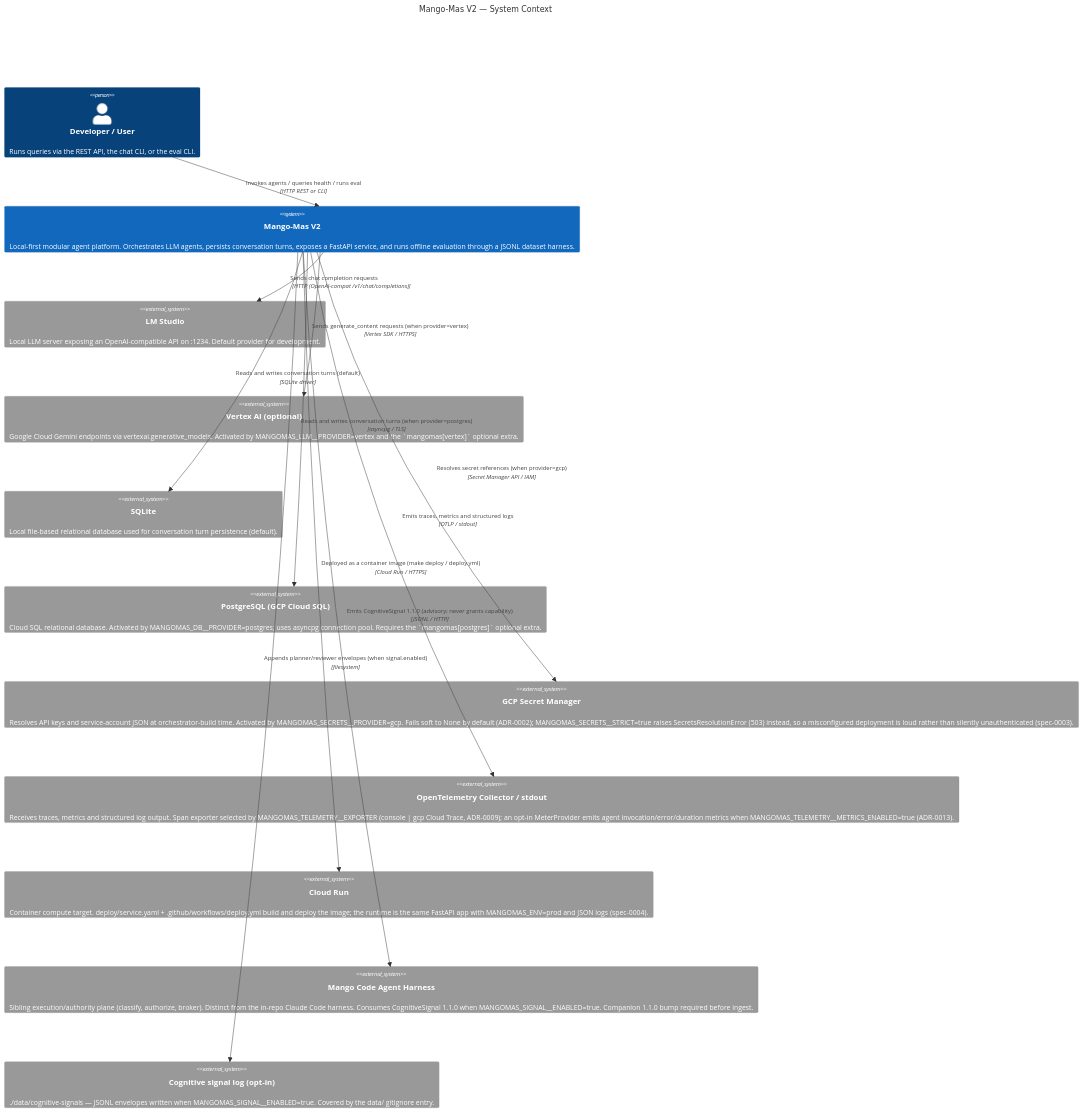
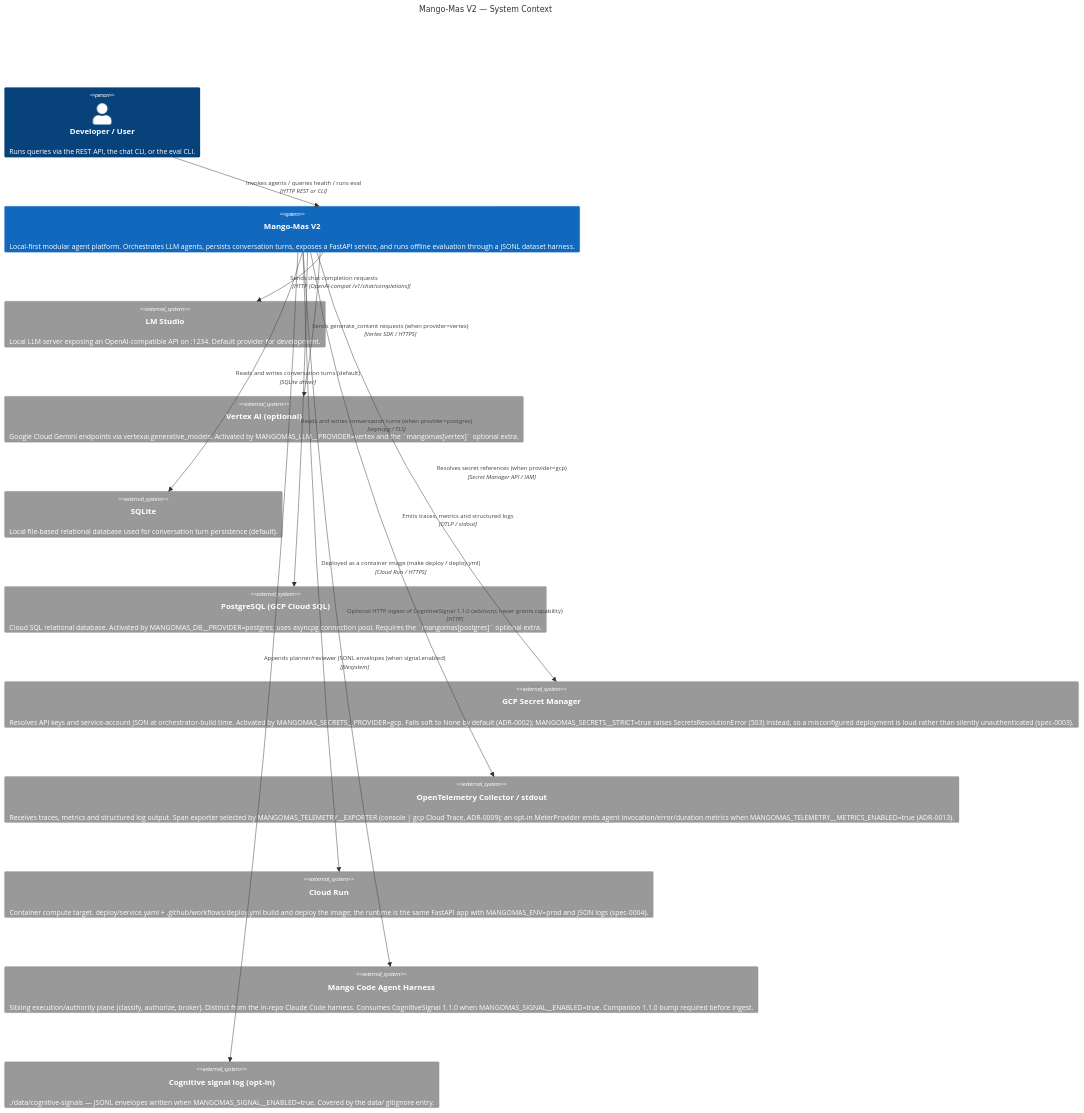
One commit to Mango-Metrics-NLM/MangoMas_V2 changed the diagram in docs/architecture/c1-context.md. Above: the diagram before and after it, drawn with Mermaid. The commit also changed 31 other files, not shown here.

````diff
--- a/docs/architecture/c1-context.md
+++ b/docs/architecture/c1-context.md
@@ -6,37 +6,37 @@
 ```mermaid
 C4Context
   title Mango-Mas V2 — System Context
 
   Person(developer, "Developer / User", "Runs queries via the REST API, the chat CLI, or the eval CLI.")
 
   System(mangomas, "Mango-Mas V2", "Local-first modular agent platform. Orchestrates LLM agents, persists conversation turns, exposes a FastAPI service, and runs offline evaluation through a JSONL dataset harness.")
 
   System_Ext(lmstudio, "LM Studio", "Local LLM server exposing an OpenAI-compatible API on :1234. Default provider for development.")
 
   System_Ext(vertex, "Vertex AI (optional)", "Google Cloud Gemini endpoints via vertexai.generative_models. Activated by MANGOMAS_LLM__PROVIDER=vertex and the `mangomas[vertex]` optional extra.")
 
   System_Ext(sqlite, "SQLite", "Local file-based relational database used for conversation turn persistence (default).")
 
   System_Ext(postgres, "PostgreSQL (GCP Cloud SQL)", "Cloud SQL relational database. Activated by MANGOMAS_DB__PROVIDER=postgres; uses asyncpg connection pool. Requires the `mangomas[postgres]` optional extra.")
 
   System_Ext(secret_mgr, "GCP Secret Manager", "Resolves API keys and service-account JSON at orchestrator-build time. Activated by MANGOMAS_SECRETS__PROVIDER=gcp. Fails soft to None by default (ADR-0002); MANGOMAS_SECRETS__STRICT=true raises SecretsResolutionError (503) instead, so a misconfigured deployment is loud rather than silently unauthenticated (spec-0003).")
 
   System_Ext(otel, "OpenTelemetry Collector / stdout", "Receives traces, metrics and structured log output. Span exporter selected by MANGOMAS_TELEMETRY__EXPORTER (console | gcp Cloud Trace, ADR-0009); an opt-in MeterProvider emits agent invocation/error/duration metrics when MANGOMAS_TELEMETRY__METRICS_ENABLED=true (ADR-0013).")
 
   System_Ext(cloud_run, "Cloud Run", "Container compute target. deploy/service.yaml + .github/workflows/deploy.yml build and deploy the image; the runtime is the same FastAPI app with MANGOMAS_ENV=prod and JSON logs (spec-0004).")
 
   System_Ext(code_agent_harness, "Mango Code Agent Harness", "Sibling execution/authority plane (classify, authorize, broker). Distinct from the in-repo Claude Code harness. Consumes CognitiveSignal 1.1.0 when MANGOMAS_SIGNAL__ENABLED=true. Companion 1.1.0 bump required before ingest.")
 
   System_Ext(cognitive_signals, "Cognitive signal log (opt-in)", "./data/cognitive-signals — JSONL envelopes written when MANGOMAS_SIGNAL__ENABLED=true. Covered by the data/ gitignore entry.")
 
   Rel(developer, mangomas, "Invokes agents / queries health / runs eval", "HTTP REST or CLI")
   Rel(mangomas, lmstudio, "Sends chat completion requests", "HTTP (OpenAI-compat /v1/chat/completions)")
   Rel(mangomas, vertex, "Sends generate_content requests (when provider=vertex)", "Vertex SDK / HTTPS")
   Rel(mangomas, sqlite, "Reads and writes conversation turns (default)", "SQLite driver")
   Rel(mangomas, postgres, "Reads and writes conversation turns (when provider=postgres)", "asyncpg / TLS")
   Rel(mangomas, secret_mgr, "Resolves secret references (when provider=gcp)", "Secret Manager API / IAM")
   Rel(mangomas, otel, "Emits traces, metrics and structured logs", "OTLP / stdout")
   Rel(mangomas, cloud_run, "Deployed as a container image (make deploy / deploy.yml)", "Cloud Run / HTTPS")
-  Rel(mangomas, code_agent_harness, "Emits CognitiveSignal 1.1.0 (advisory; never grants capability)", "JSONL / HTTP")
-  Rel(mangomas, cognitive_signals, "Appends planner/reviewer envelopes (when signal.enabled)", "filesystem")
+  Rel(mangomas, code_agent_harness, "Optional HTTP ingest of CognitiveSignal 1.1.0 (advisory; never grants capability)", "HTTP")
+  Rel(mangomas, cognitive_signals, "Appends planner/reviewer JSONL envelopes (when signal.enabled)", "filesystem")
 ```
````
